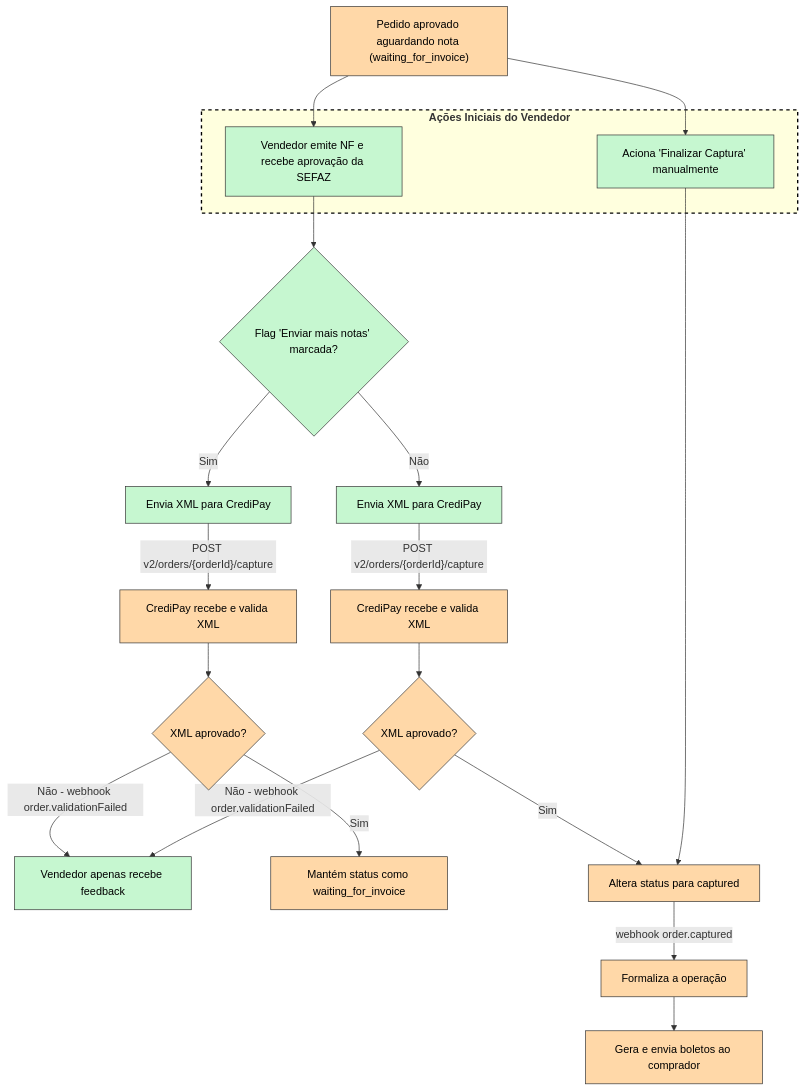
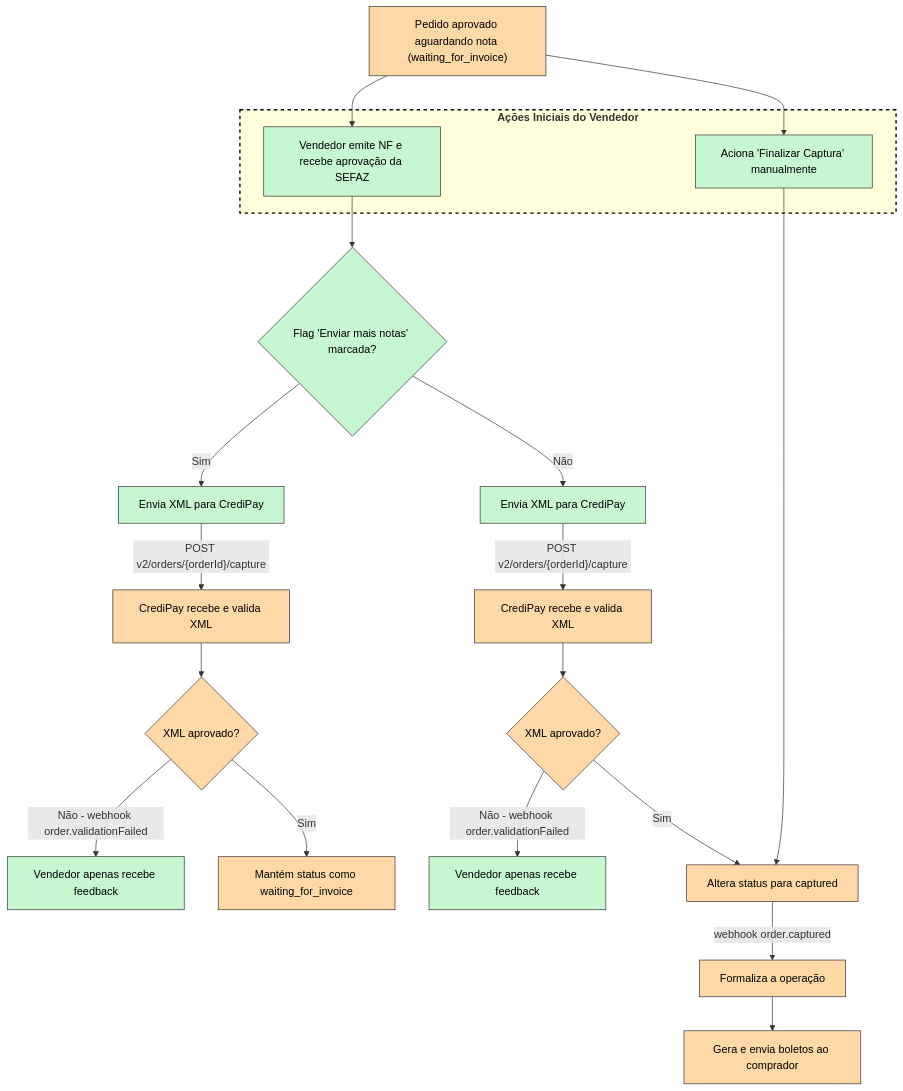
The diagram in docs/INTEGRAÇÃO COMPLETA/módulos-de-integração-1/adicional-múltiplas-notas-fiscais-por-pedido.md (credix-finance/credipay-rdme-docs), drawn with Mermaid before and after one commit.

Commit message:
Update doc `adicional-múltiplas-notas-fiscais-por-pedido`

````diff
--- a/docs/INTEGRAÇÃO COMPLETA/módulos-de-integração-1/adicional-múltiplas-notas-fiscais-por-pedido.md
+++ b/docs/INTEGRAÇÃO COMPLETA/módulos-de-integração-1/adicional-múltiplas-notas-fiscais-por-pedido.md
@@ -10,58 +10,59 @@
 ```mermaid
 flowchart TD
     n1["Pedido aprovado aguardando nota (waiting_for_invoice)"]
 
     subgraph s1["<b>Ações Iniciais do Vendedor</b>"]
         n2["Vendedor emite NF e recebe aprovação da SEFAZ"]
         n10["Aciona 'Finalizar Captura' manualmente"]
     end
 
     n1 --> n2
     n1 --> n10
 
-    %% Validação da Flag ANTES de enviar para a CrediPay
+    %% Validação da Flag
     n2 --> n7{"Flag 'Enviar mais notas' marcada?"}
 
     %% Caminho SIM: Mantém em waiting_for_invoice
     n7 -- "Sim" --> n3a["Envia XML para CrediPay"]
     n3a -- POST v2/orders/{orderId}/capture --> n4a["CrediPay recebe e valida XML"]
     n4a --> n5a{"XML aprovado?"}
-    n5a -- "Não - webhook order.validationFailed" --> n6["Vendedor apenas recebe feedback"]
+    n5a -- "Não - webhook order.validationFailed" --> n6a["Vendedor apenas recebe feedback"]
     n5a -- "Sim" --> n8["Mantém status como waiting_for_invoice"]
     
     %% Caminho NÃO: Segue para finalização
     n7 -- "Não" --> n3b["Envia XML para CrediPay"]
     n3b -- POST v2/orders/{orderId}/capture --> n4b["CrediPay recebe e valida XML"]
     n4b --> n5b{"XML aprovado?"}
-    n5b -- "Não - webhook order.validationFailed" --> n6
+    n5b -- "Não - webhook order.validationFailed" --> n6b["Vendedor apenas recebe feedback"]
     n5b -- "Sim" --> n11["Altera status para captured"]
 
-    %% Caminho do Botão Manual
+    %% Caminho do Botão Manual (vai direto pro final pelo canto)
     n10 --> n11
 
     %% Conclusão do Pedido
     n11 -- "webhook order.captured" --> n12["Formaliza a operação"]
     n12 --> n13["Gera e envia boletos ao comprador"]
 
     %% Estilização e Cores
     n1:::credipay
     n2:::vendedor
     n10:::vendedor
     n7:::vendedor
     n3a:::vendedor
     n4a:::credipay
     n5a:::credipay
     n8:::credipay
     n3b:::vendedor
     n4b:::credipay
     n5b:::credipay
-    n6:::vendedor
+    n6a:::vendedor
+    n6b:::vendedor
     n11:::credipay
     n12:::credipay
     n13:::credipay
 
     classDef vendedor fill:#C6F7D0,stroke:#333,stroke-width:1px,color:#000;
     classDef comprador fill:#C6F7D0,stroke:#333,stroke-width:1px,color:#000;
     classDef credipay fill:#FFD8A8,stroke:#333,stroke-width:1px,color:#000;
     style s1 stroke:#000000,stroke-width:2px,stroke-dasharray: 5 5
 ```
````
